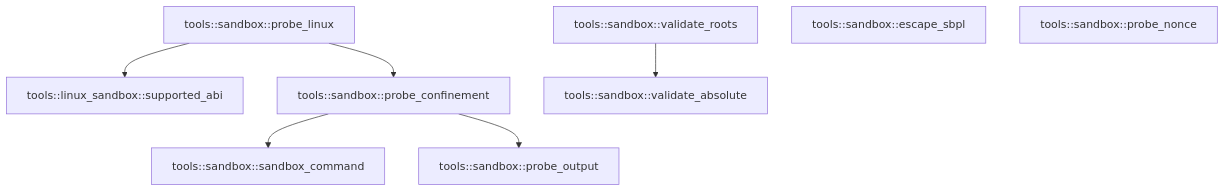
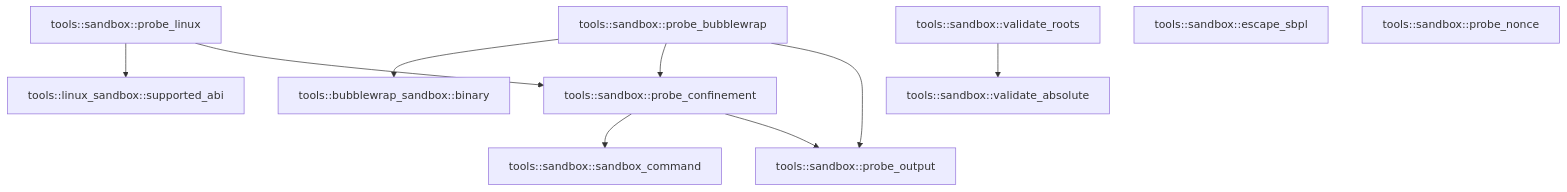
Before and after one commit to TekesApps/TekesKernel: the second of 2 diagrams in crates/tools/docs/generated/src--sandbox.md, drawn with Mermaid. The commit also changed other lines of this file and 55 other files, not shown here.

````diff
--- a/crates/tools/docs/generated/src--sandbox.md
+++ b/crates/tools/docs/generated/src--sandbox.md
@@ -146,17 +144,22 @@
 ```mermaid
 flowchart TD
-  n0["tools::linux_sandbox::supported_abi"]
-  n1["tools::sandbox::sandbox_command"]
-  n2["tools::sandbox::probe_linux"]
-  n3["tools::sandbox::probe_confinement"]
-  n4["tools::sandbox::probe_output"]
-  n5["tools::sandbox::validate_roots"]
-  n6["tools::sandbox::validate_absolute"]
-  n7["tools::sandbox::escape_sbpl"]
-  n8["tools::sandbox::probe_nonce"]
-  n2 --> n0
-  n2 --> n3
-  n3 --> n1
-  n3 --> n4
+  n0["tools::bubblewrap_sandbox::binary"]
+  n1["tools::linux_sandbox::supported_abi"]
+  n2["tools::sandbox::sandbox_command"]
+  n3["tools::sandbox::probe_bubblewrap"]
+  n4["tools::sandbox::probe_linux"]
+  n5["tools::sandbox::probe_confinement"]
+  n6["tools::sandbox::probe_output"]
+  n7["tools::sandbox::validate_roots"]
+  n8["tools::sandbox::validate_absolute"]
+  n9["tools::sandbox::escape_sbpl"]
+  n10["tools::sandbox::probe_nonce"]
+  n3 --> n0
+  n3 --> n5
+  n3 --> n6
+  n4 --> n1
+  n4 --> n5
+  n5 --> n2
   n5 --> n6
+  n7 --> n8
 ```
````
